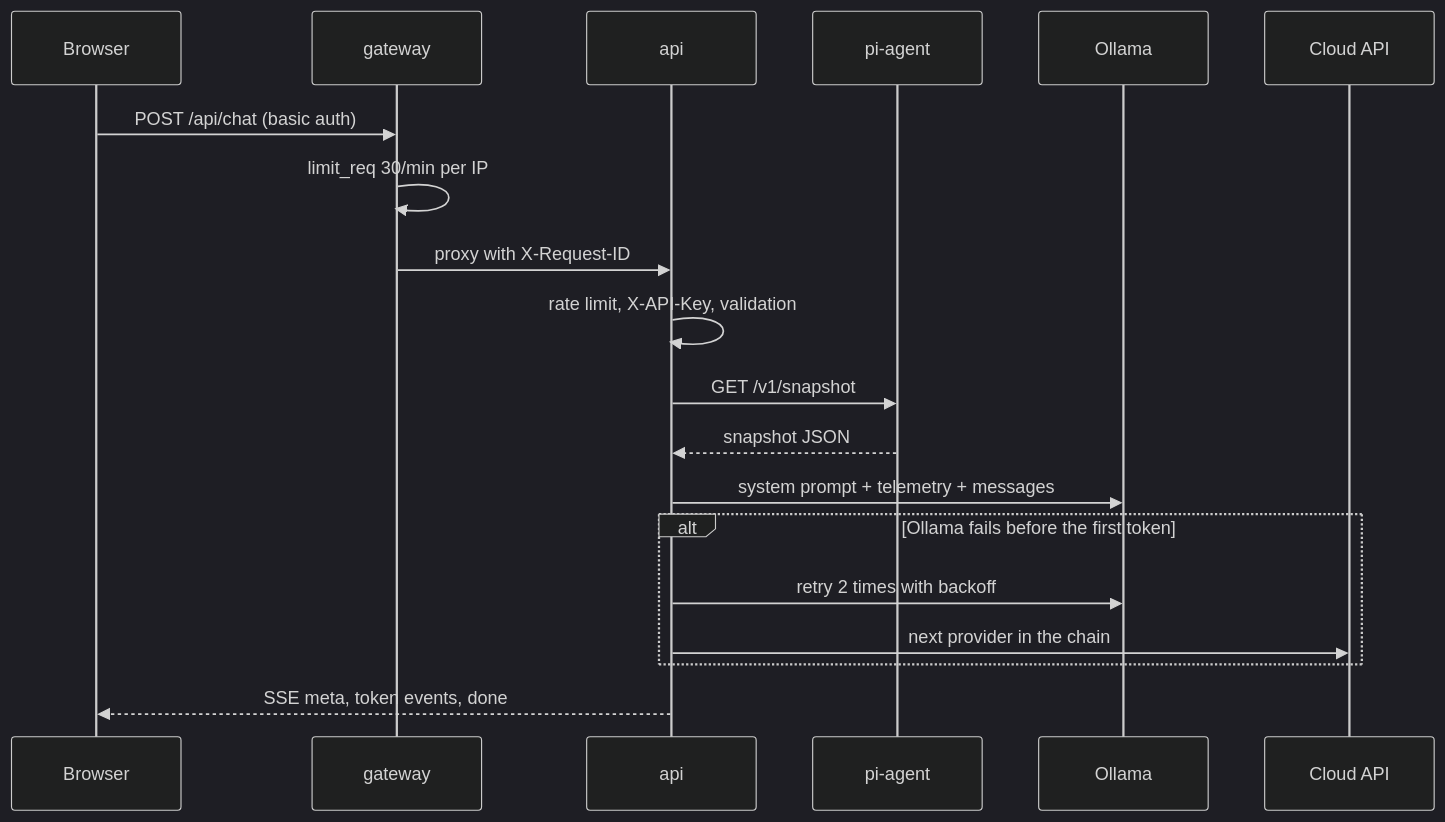
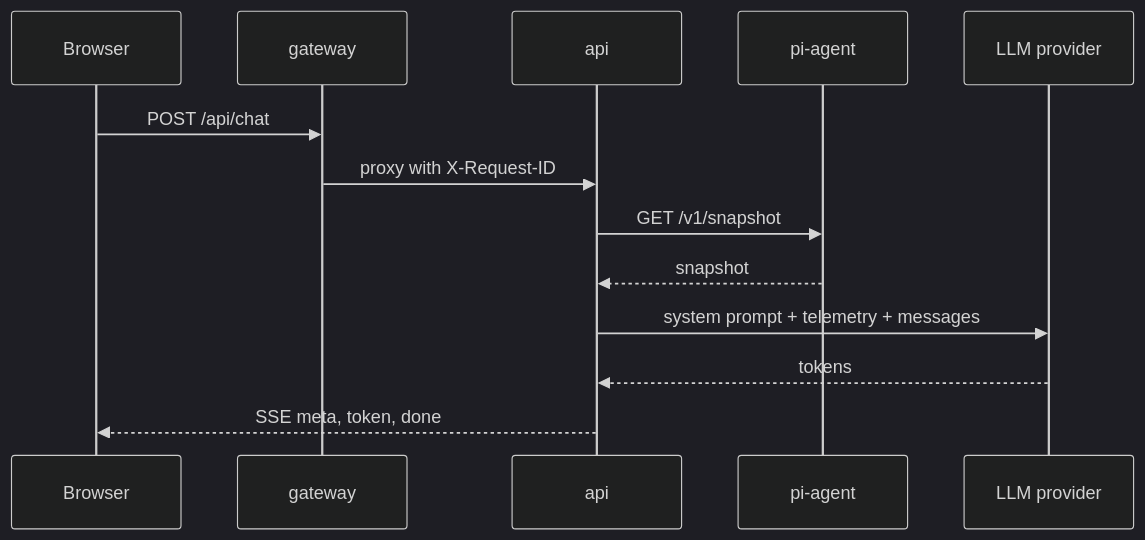
Before and after one commit to Reec1e33/proj2-raspPI-ai-server: the second of 2 diagrams in docs/architecture.md, drawn with Mermaid (dark theme). The commit also changed other lines of this file and 19 other files, not shown here.

````diff
--- a/docs/architecture.md
+++ b/docs/architecture.md
@@ -91,21 +68,15 @@
 ```mermaid
 sequenceDiagram
   participant B as Browser
   participant G as gateway
   participant A as api
   participant P as pi-agent
-  participant O as Ollama
-  participant C as Cloud API
-  B->>G: POST /api/chat (basic auth)
-  G->>G: limit_req 30/min per IP
+  participant L as LLM provider
+  B->>G: POST /api/chat
   G->>A: proxy with X-Request-ID
-  A->>A: rate limit, X-API-Key, validation
   A->>P: GET /v1/snapshot
-  P-->>A: snapshot JSON
-  A->>O: system prompt + telemetry + messages
-  alt Ollama fails before the first token
-    A->>O: retry 2 times with backoff
-    A->>C: next provider in the chain
-  end
-  A-->>B: SSE meta, token events, done
+  P-->>A: snapshot
+  A->>L: system prompt + telemetry + messages
+  L-->>A: tokens
+  A-->>B: SSE meta, token, done
 ```
````
